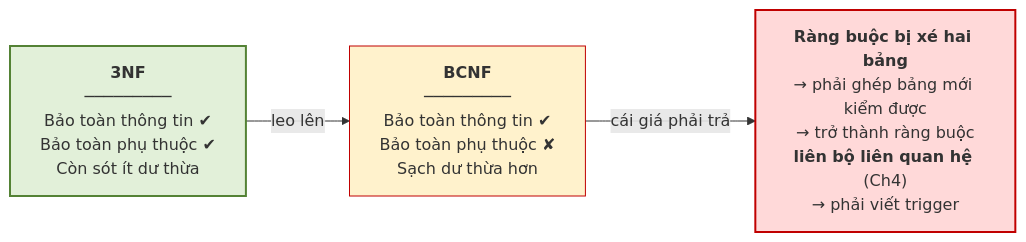
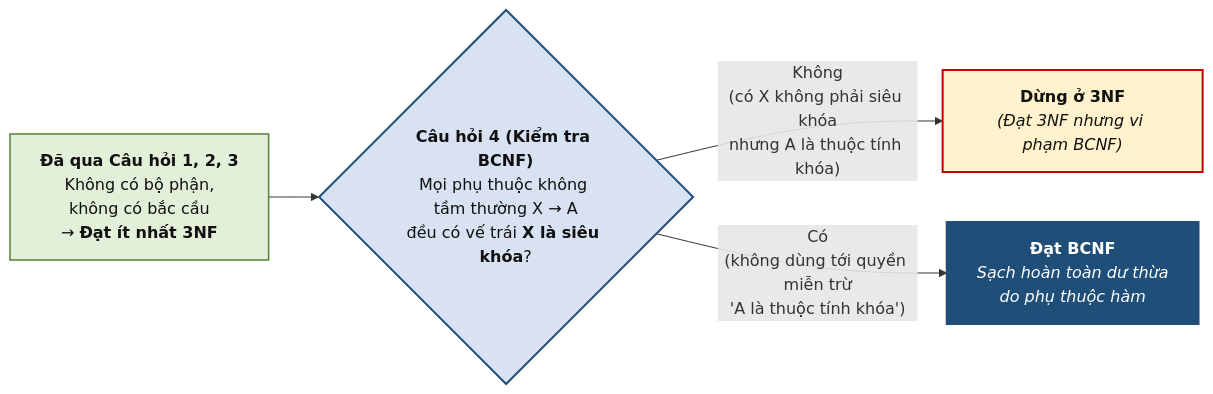
Before and after one commit to CuongNguyenDAU/csdl-dbs201: diagram 11 of 15 in noi-dung/Bai-giang_Chuong-5_Ly-thuyet-thiet-ke-chuan-hoa.md, drawn with Mermaid. The commit also changed other lines of this file and 123 other files, not shown here.

Commit message:
Cập nhật bài giảng v7: sơ đồ ER ký pháp Chen, hình minh họa tự vẽ, mở rộng toàn diện Chương 5 và bổ sung lời giải A4, B5

````diff
--- a/noi-dung/Bai-giang_Chuong-5_Ly-thuyet-thiet-ke-chuan-hoa.md
+++ b/noi-dung/Bai-giang_Chuong-5_Ly-thuyet-thiet-ke-chuan-hoa.md
@@ -920,10 +1845,10 @@
 ```mermaid
 flowchart LR
-    N3["<b>3NF</b><br/>─────────<br/>Bảo toàn thông tin ✔<br/>Bảo toàn phụ thuộc ✔<br/>Còn sót ít dư thừa"]
-    BC["<b>BCNF</b><br/>─────────<br/>Bảo toàn thông tin ✔<br/>Bảo toàn phụ thuộc ✘<br/>Sạch dư thừa hơn"]
-    N3 -->|"leo lên"| BC
-    BC -->|"cái giá phải trả"| C["<b>Ràng buộc bị xé hai bảng</b><br/>→ phải ghép bảng mới kiểm được<br/>→ trở thành ràng buộc<br/><b>liên bộ liên quan hệ</b> (Ch4)<br/>→ phải viết trigger"]
-    style N3 fill:#E2F0D9,stroke:#548235,stroke-width:2px
-    style BC fill:#FFF2CC,stroke:#C00000
-    style C fill:#FFD9D9,stroke:#C00000,stroke-width:2px
+    N3_IN["<b>Đã qua Câu hỏi 1, 2, 3</b><br/>Không có bộ phận,<br/>không có bắc cầu<br/>→ <b>Đạt ít nhất 3NF</b>"] --> Q4{"<b>Câu hỏi 4 (Kiểm tra BCNF)</b><br/>Mọi phụ thuộc không tầm thường X → A<br/>đều có vế trái <b>X là siêu khóa</b>?"}
+    Q4 -->|"Không<br/>(có X không phải siêu khóa<br/>nhưng A là thuộc tính khóa)"| STOP3["<b>Dừng ở 3NF</b><br/><i>(Đạt 3NF nhưng vi phạm BCNF)</i>"]
+    Q4 -->|"Có<br/>(không dùng tới quyền miễn trừ<br/>'A là thuộc tính khóa')"| OK_BCNF["<b>Đạt BCNF</b><br/><i>Sạch hoàn toàn dư thừa<br/>do phụ thuộc hàm</i>"]
+    style N3_IN fill:#E2F0D9,color:#111111,stroke:#548235,stroke-width:1.5px
+    style Q4 fill:#D9E2F3,color:#111111,stroke:#1F4E79,stroke-width:2px
+    style STOP3 fill:#FFF2CC,color:#111111,stroke:#C00000,stroke-width:2px
+    style OK_BCNF fill:#1F4E79,color:#ffffff,stroke:#1F4E79,stroke-width:2px
 ```
````
